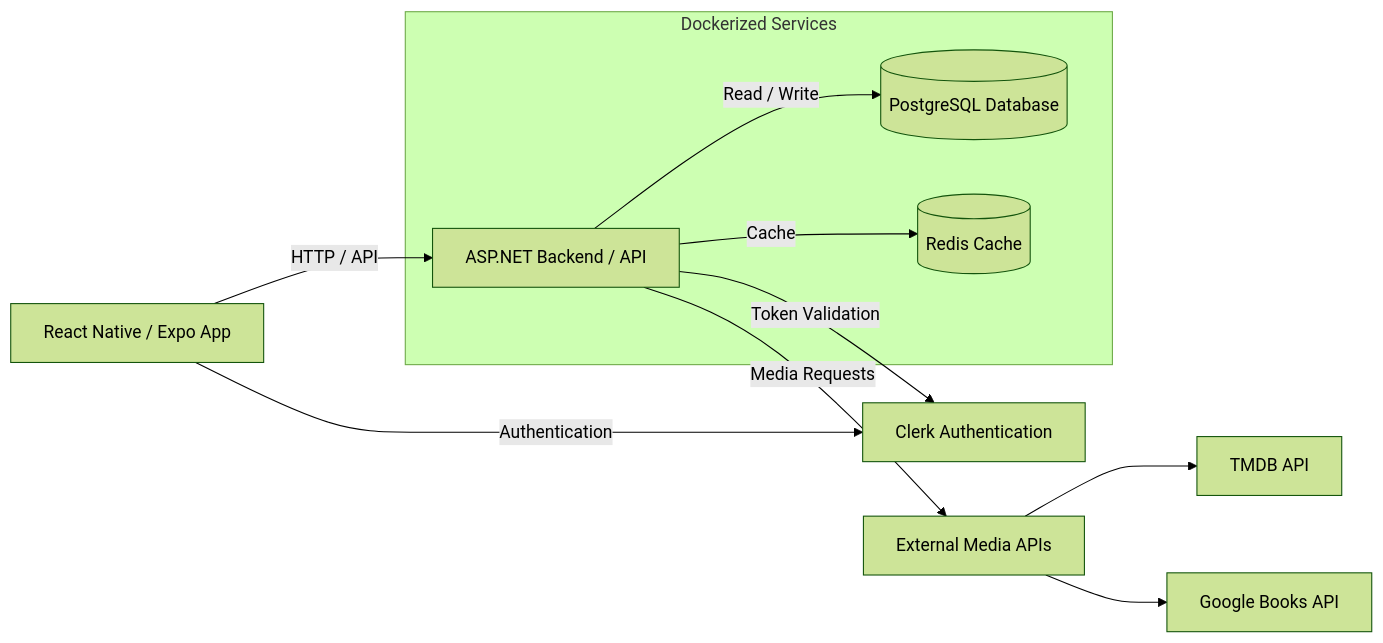
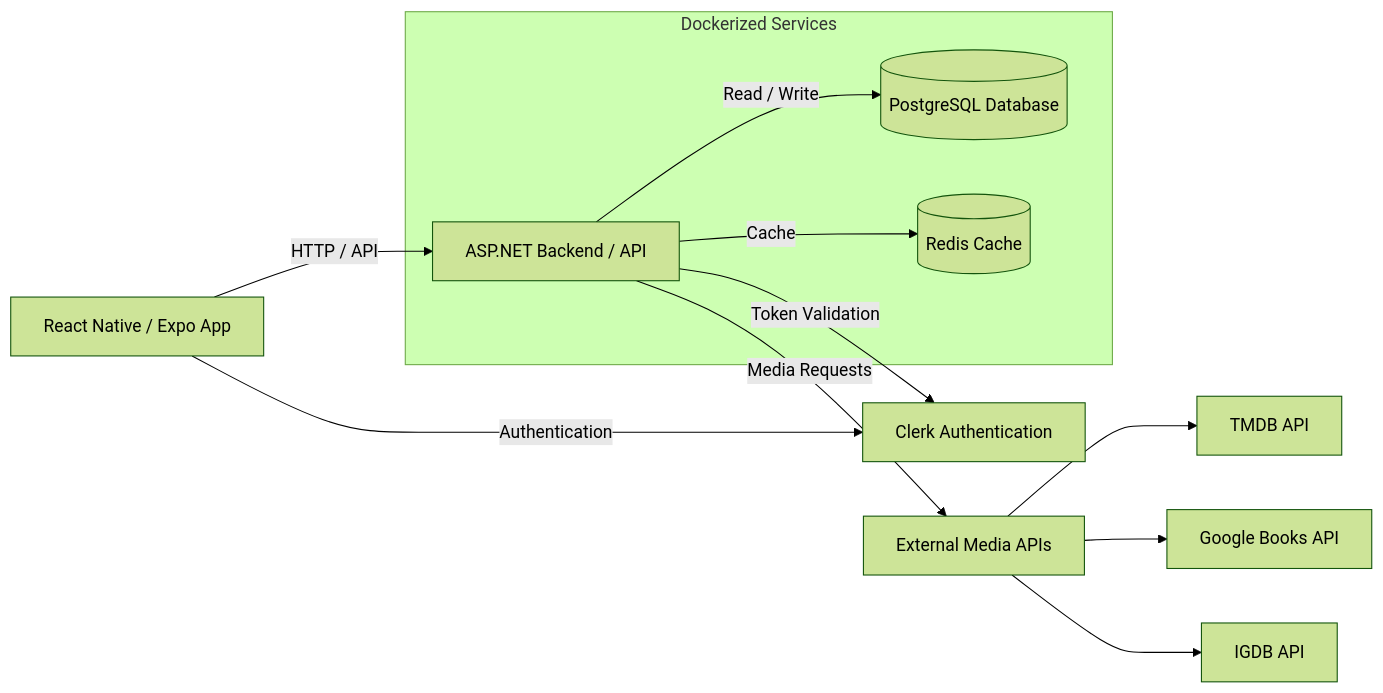
Before and after one commit to ArionKennedy/PaletteProject: the diagram in Docs/architecture.md, drawn with Mermaid (forest theme). The commit also changed other lines of this file and 7 other files, not shown here.

````diff
--- a/Docs/architecture.md
+++ b/Docs/architecture.md
@@ -9,24 +9,26 @@
 ```mermaid
 flowchart LR
     A[React Native / Expo App]
 
     subgraph Docker["Dockerized Services"]
         B[ASP.NET Backend / API]
         C[(PostgreSQL Database)]
         D[(Redis Cache)]
     end
 
     E[Clerk Authentication]
     F[External Media APIs]
     G[TMDB API]
     H[Google Books API]
+    I[IGDB API]
 
     A -->|HTTP / API| B
     B -->|Read / Write| C
     B -->|Cache| D
     A -->|Authentication| E
     B -->|Token Validation| E
     B -->|Media Requests| F
     F -->G
     F -->H
+    F -->I
 ```
````
